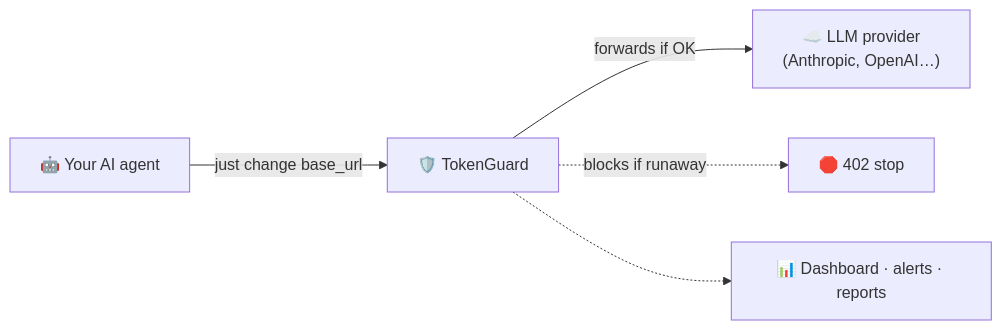
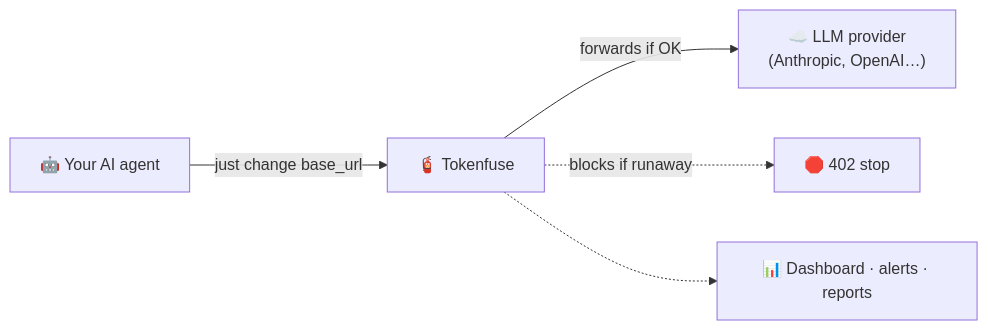
The first of 5 diagrams in README.md (TAIPANBOX/tokenfuse), drawn with Mermaid before and after one commit. The commit also changed other lines of this file and 9 other files, not shown here.

First line of the commit message:
Rename project TokenGuard → Tokenfuse

````diff
--- a/README.md
+++ b/README.md
@@ -29,7 +29,7 @@
 ```mermaid
 flowchart LR
-    A["🤖 Your AI agent"] -->|"just change base_url"| T["🛡️ TokenGuard"]
+    A["🤖 Your AI agent"] -->|"just change base_url"| T["🧯 Tokenfuse"]
     T -->|"forwards if OK"| P["☁️ LLM provider<br/>(Anthropic, OpenAI…)"]
     T -.->|"blocks if runaway"| X["🛑 402 stop"]
     T -.-> D["📊 Dashboard · alerts · reports"]
 ```
````
